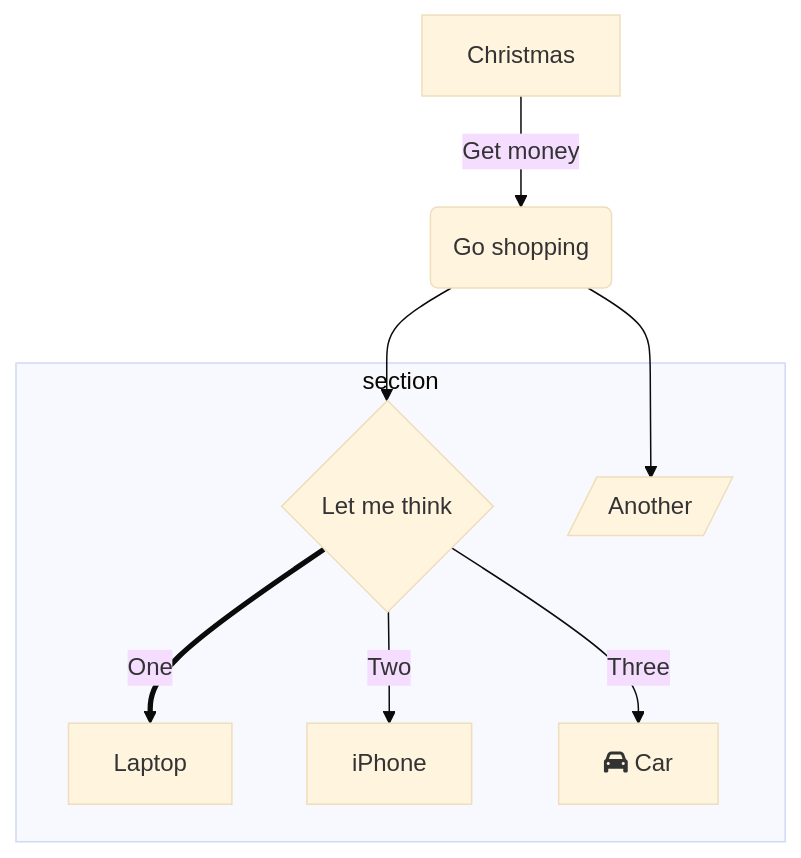
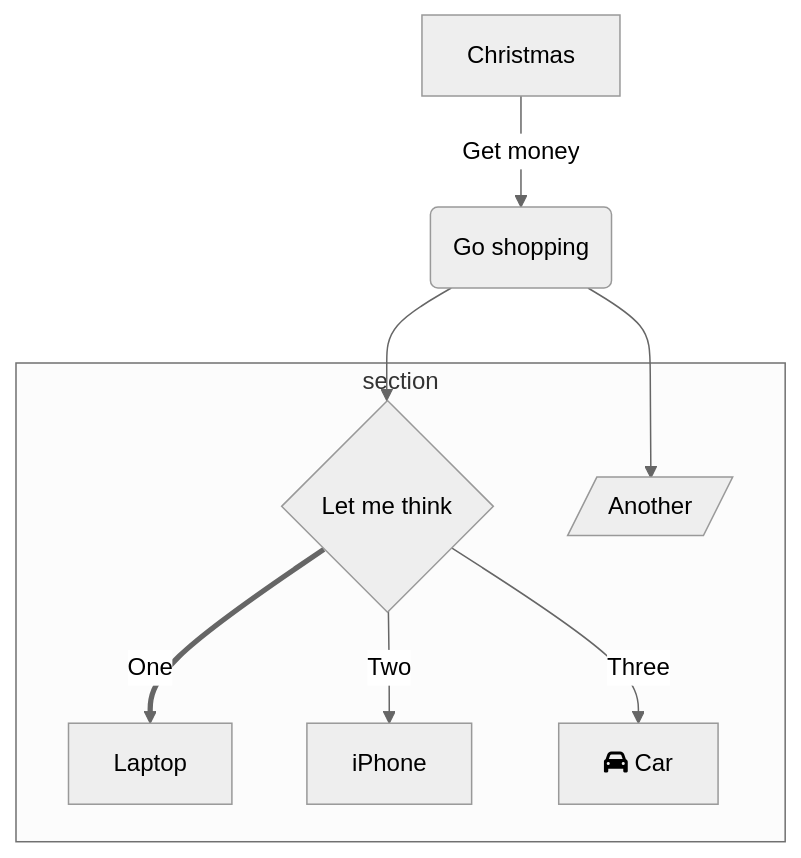
The third of 3 diagrams in vdocs/config/theming.md (mermaid-js/mermaid), drawn with Mermaid before and after one commit. The commit also changed other lines of this file and 6 other files, not shown here.

````diff
--- a/vdocs/config/theming.md
+++ b/vdocs/config/theming.md
@@ -276,17 +276,17 @@
 ```mermaid
-%%{init: {'securityLevel': 'loose', 'theme':'base'}}%%
+%%{init: {'securityLevel': 'loose', 'theme':'neutral'}}%%
         graph TD
           A[Christmas] -->|Get money| B(Go shopping)
           B --> C{Let me think}
           B --> G[/Another/]
           C ==>|One| D[Laptop]
           C -->|Two| E[iPhone]
           C -->|Three| F[fa:fa-car Car]
           subgraph section
             C
             D
             E
             F
             G
           end
 ```
````
